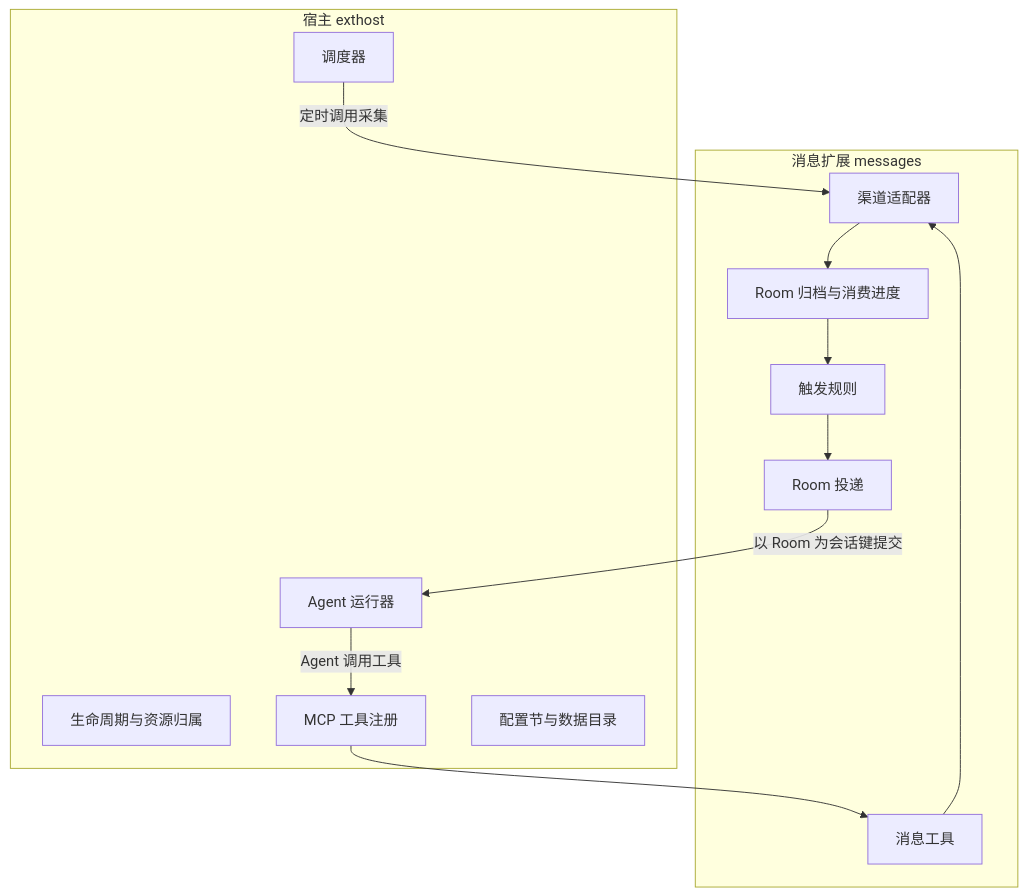
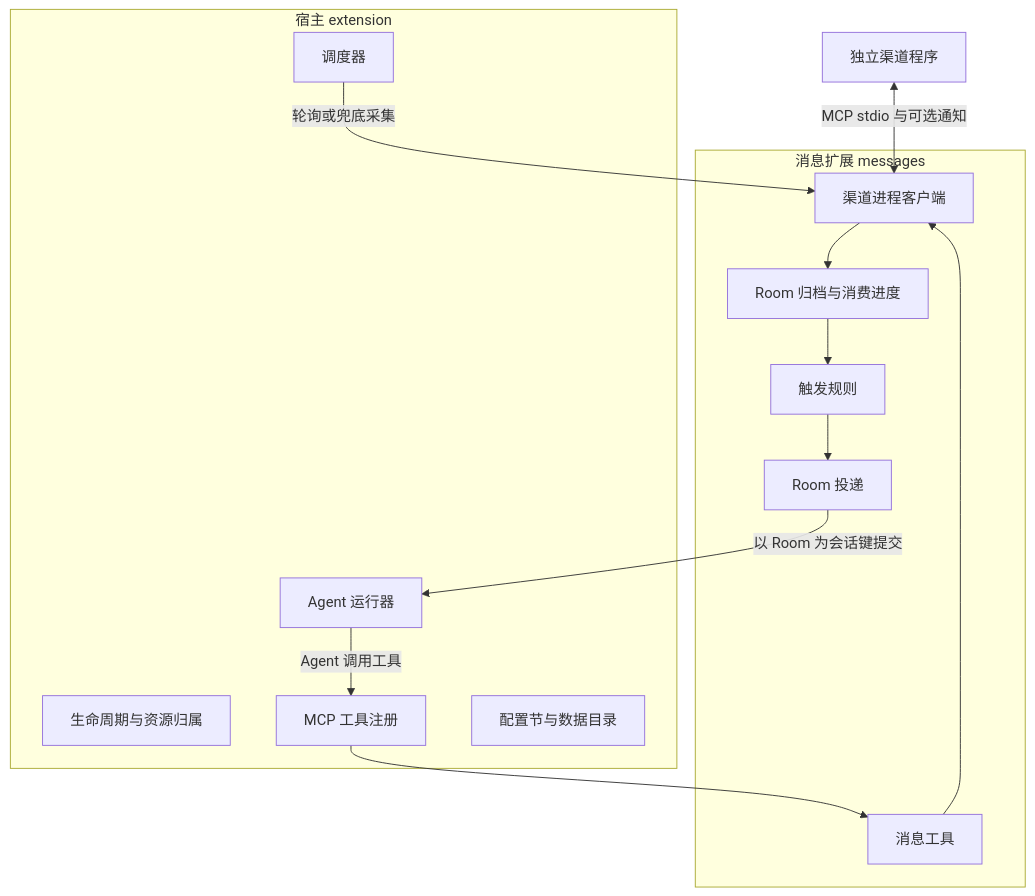
The diagram in docs/message-extension-design.md (fishioon/aicat), drawn with Mermaid before and after one commit. The commit also changed other lines of this file and 74 other files, not shown here.

````diff
--- a/docs/message-extension-design.md
+++ b/docs/message-extension-design.md
@@ -24,21 +47,22 @@
 ```mermaid
 flowchart TD
-    subgraph host["宿主 exthost"]
+    subgraph host["宿主 extension"]
       L[生命周期与资源归属]
       S[调度器]
       T[MCP 工具注册]
       D[配置节与数据目录]
       A[Agent 运行器]
     end
     subgraph ext["消息扩展 messages"]
-      C[渠道适配器] --> I[Room 归档与消费进度]
+      C[渠道进程客户端] --> I[Room 归档与消费进度]
       I --> G[触发规则]
       G --> Q[Room 投递]
       M[消息工具]
     end
-    S -->|定时调用采集| C
+    P[独立渠道程序] <-->|MCP stdio 与可选通知| C
+    S -->|轮询或兜底采集| C
     Q -->|以 Room 为会话键提交| A
     A -->|Agent 调用工具| T
     T --> M
     M --> C
 ```
````
